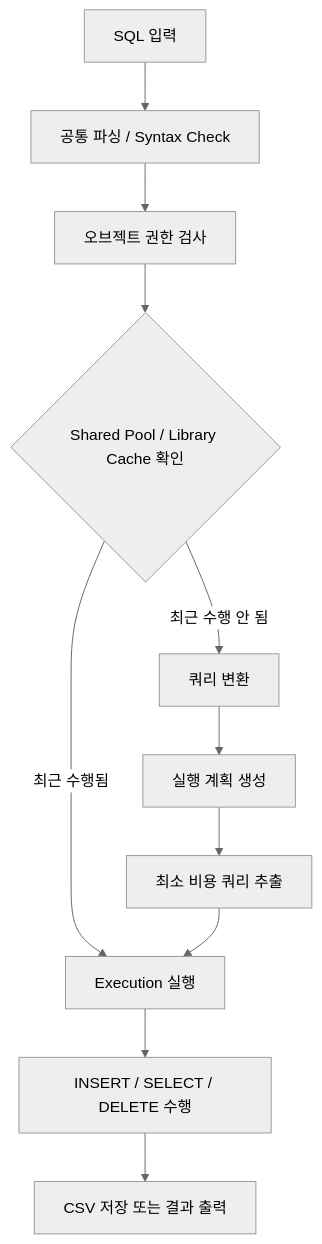
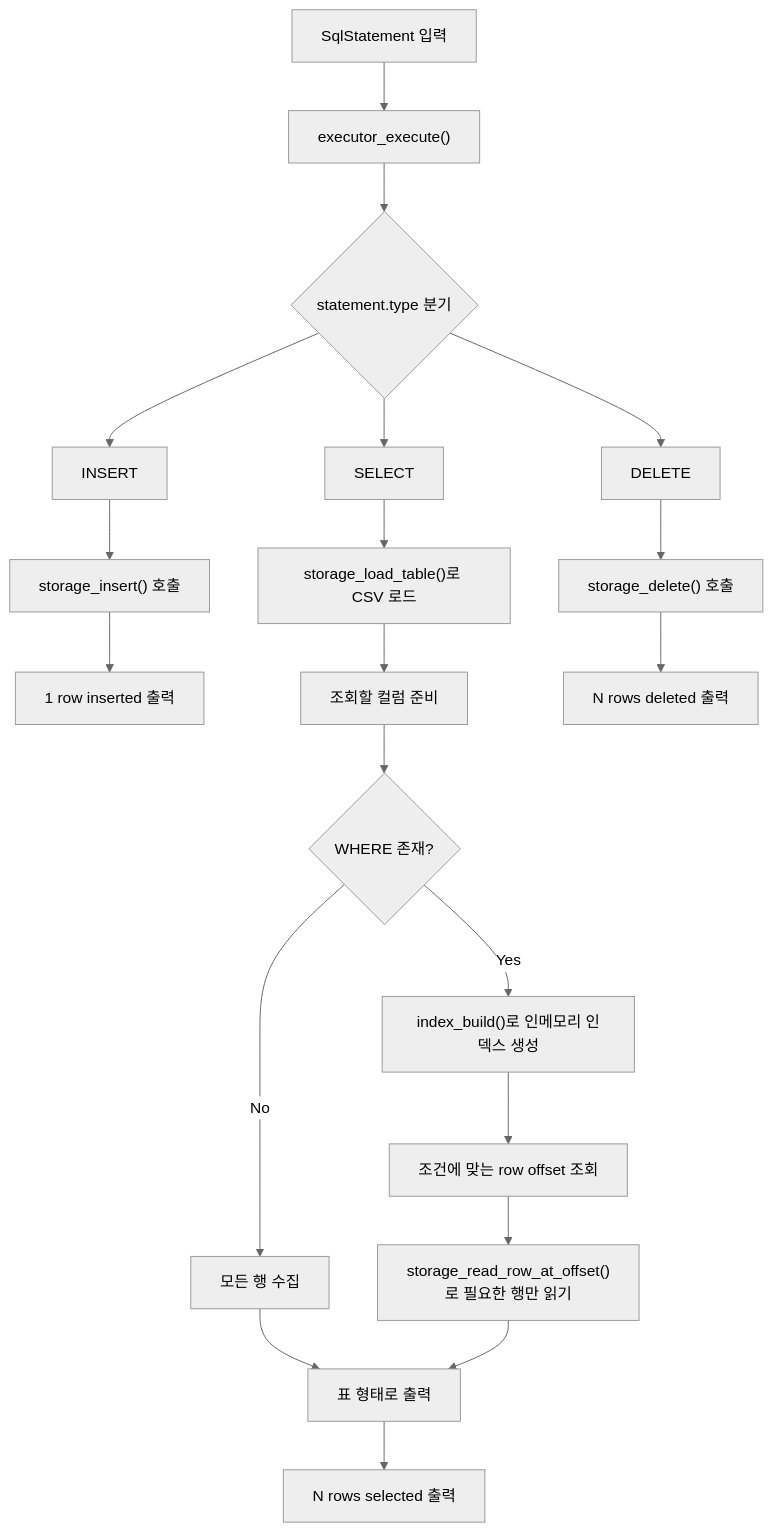
One commit to devhyun05/week6_group1_sql changed the diagram in README.md. Above: the diagram before and after it, drawn with Mermaid (neutral theme). The commit also changed other lines of this file and 3 other files, not shown here.

Commit message:
Simplify executor flow

````diff
--- a/README.md
+++ b/README.md
@@ -7,15 +6,28 @@
 ```mermaid
 flowchart TD
-    A["SQL 입력"] --> B["공통 파싱 / Syntax Check"]
-    B --> C["오브젝트 권한 검사"]
-    C --> D{"Shared Pool / Library Cache 확인"}
+    A["SqlStatement 입력"] --> B["executor_execute()"]
+    B --> C{"statement.type 분기"}
 
-    D -->|최근 수행됨| H["Execution 실행"]
-    D -->|최근 수행 안 됨| E["쿼리 변환"]
-    E --> F["실행 계획 생성"]
-    F --> G["최소 비용 쿼리 추출"]
-    G --> H
+    C --> D["INSERT"]
+    C --> E["SELECT"]
+    C --> F["DELETE"]
 
-    H --> I["INSERT / SELECT / DELETE 수행"]
-    I --> J["CSV 저장 또는 결과 출력"]
+    D --> G["storage_insert() 호출"]
+    G --> H["1 row inserted 출력"]
+
+    E --> I["storage_load_table()로 CSV 로드"]
+    I --> J["조회할 컬럼 준비"]
+    J --> K{"WHERE 존재?"}
+
+    K -->|No| L["모든 행 수집"]
+    K -->|Yes| M["index_build()로 인메모리 인덱스 생성"]
+    M --> N["조건에 맞는 row offset 조회"]
+    N --> O["storage_read_row_at_offset()로 필요한 행만 읽기"]
+
+    L --> P["표 형태로 출력"]
+    O --> P
+    P --> Q["N rows selected 출력"]
+
+    F --> R["storage_delete() 호출"]
+    R --> S["N rows deleted 출력"]
 ```
````
